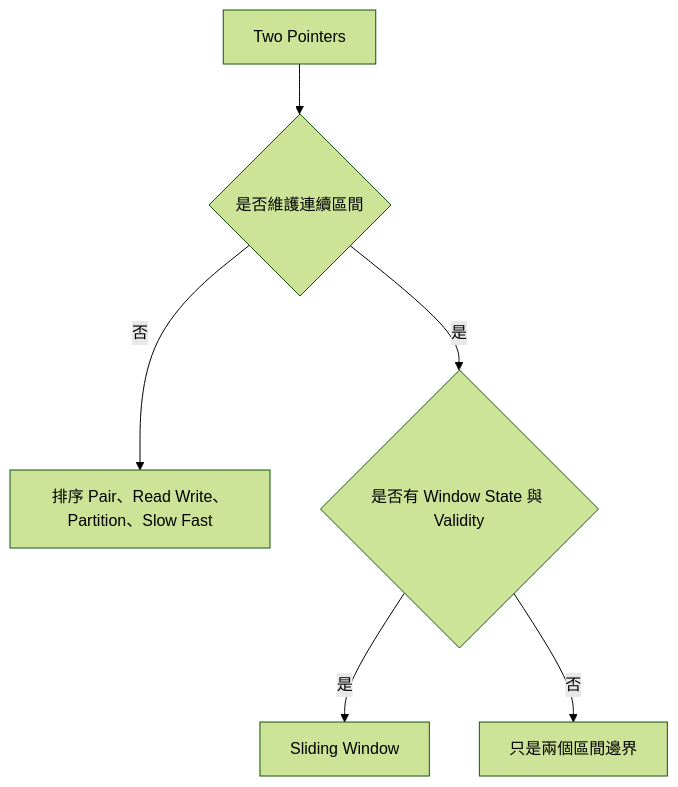
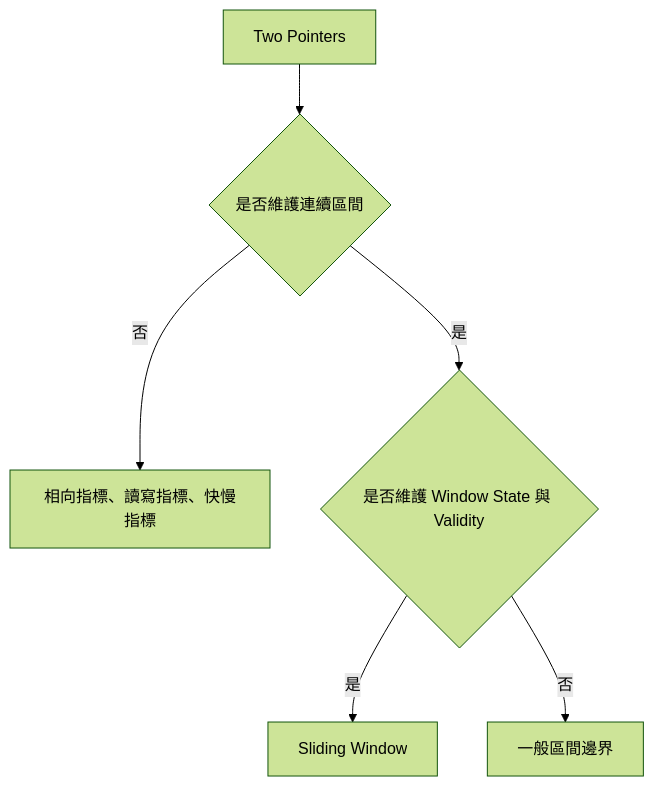
Diagram 11 of 12 in 03_core_patterns/13_sliding_window.md (davidchen0970/algorithm_note), drawn with Mermaid (forest theme) before and after one commit. The commit also changed other lines of this file, not shown here.

````diff
--- a/03_core_patterns/13_sliding_window.md
+++ b/03_core_patterns/13_sliding_window.md
@@ -635,8 +714,8 @@
 ```mermaid
 flowchart TD
-    A[Two Pointers] --> B{是否維護連續區間}
-    B -->|否| C[排序 Pair、Read Write、Partition、Slow Fast]
-    B -->|是| D{是否有 Window State 與 Validity}
-    D -->|是| E[Sliding Window]
-    D -->|否| F[只是兩個區間邊界]
+    A["Two Pointers"] --> B{"是否維護連續區間"}
+    B -->|否| C["相向指標、讀寫指標、快慢指標"]
+    B -->|是| D{"是否維護 Window State 與 Validity"}
+    D -->|是| E["Sliding Window"]
+    D -->|否| F["一般區間邊界"]
 ```
````
